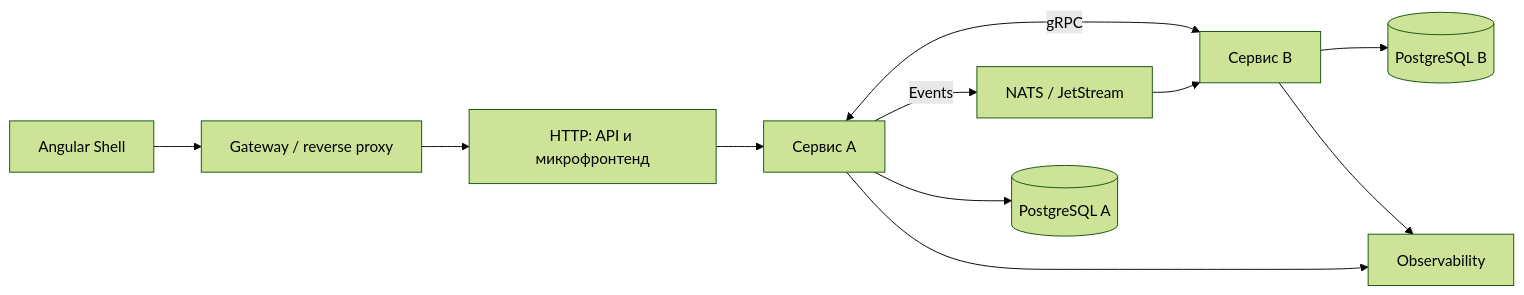
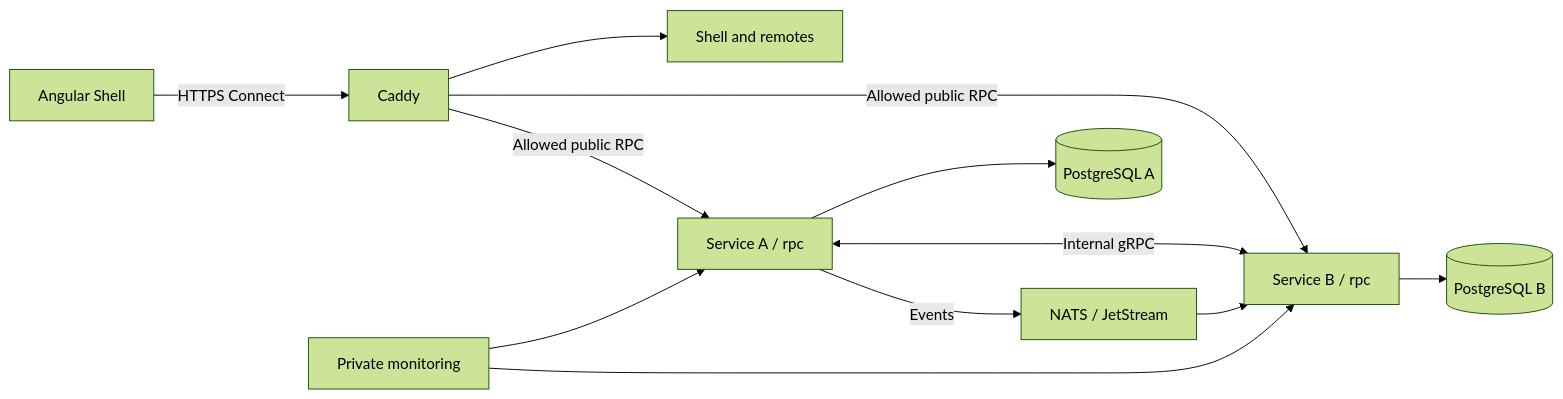
The diagram in docs/architecture.md (MrAmperage/ReportBoxBackendCore), drawn with Mermaid (forest theme) before and after one commit. The commit also changed other lines of this file and 9 other files, not shown here.

````diff
--- a/docs/architecture.md
+++ b/docs/architecture.md
@@ -9,13 +9,14 @@
 ```mermaid
 flowchart LR
-    Browser[Angular Shell] --> Gateway[Gateway / reverse proxy]
-    Gateway --> HTTP[HTTP: API и микрофронтенд]
-    HTTP --> A[Сервис A]
-    A <-->|gRPC| B[Сервис B]
+    Browser[Angular Shell] -->|HTTPS Connect| Caddy[Caddy]
+    Caddy --> Static[Shell and remotes]
+    Caddy -->|Allowed public RPC| A[Service A / rpc]
+    Caddy -->|Allowed public RPC| B[Service B / rpc]
+    A <-->|Internal gRPC| B
     A -->|Events| N[NATS / JetStream]
     N --> B
     A --> DB[(PostgreSQL A)]
     B --> DB2[(PostgreSQL B)]
-    A --> O[Observability]
-    B --> O
+    Monitoring[Private monitoring] --> A
+    Monitoring --> B
 ```
````
